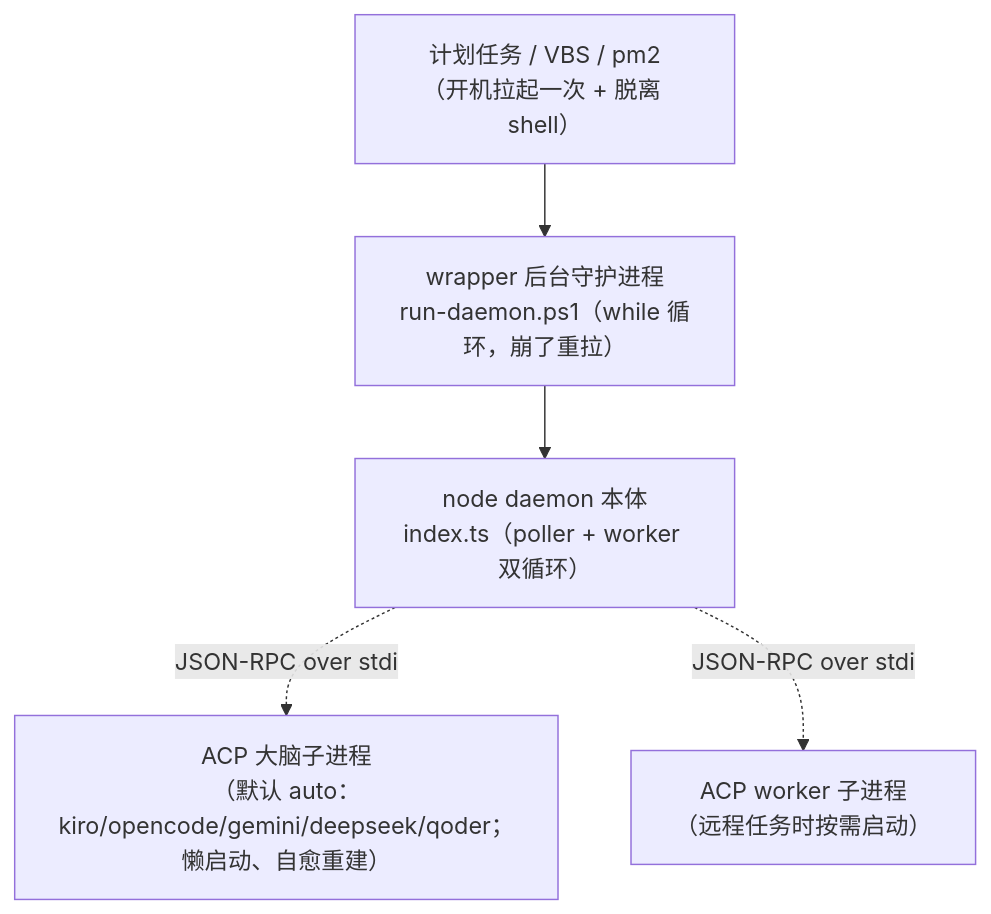
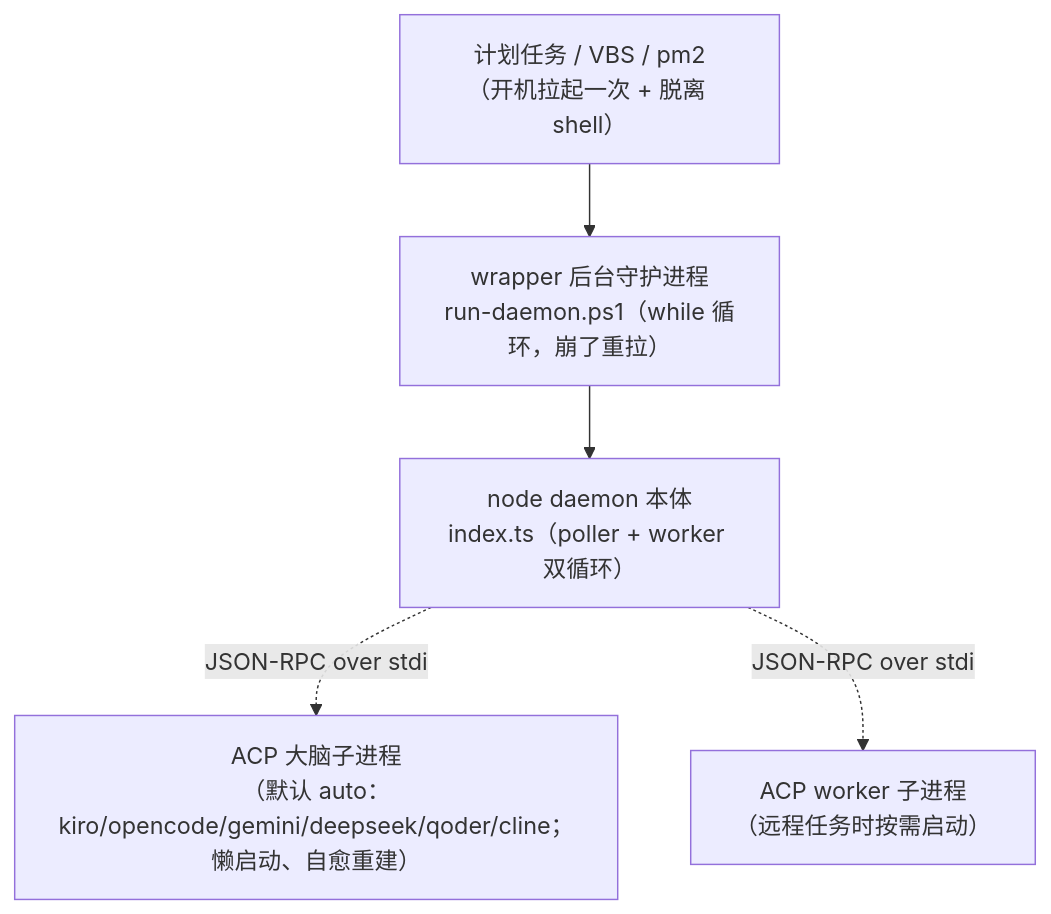
One commit to imwangpan/WeMind changed the third of 6 diagrams in docs/repowiki/02-系统架构.md. Above: the diagram before and after it, drawn with Mermaid. The commit also changed other lines of this file and 24 other files, not shown here.

First line of the commit message:
feat: 接入 Cline（原生 ACP）并补认证提示

````diff
--- a/docs/repowiki/02-系统架构.md
+++ b/docs/repowiki/02-系统架构.md
@@ -88,13 +88,13 @@
 ```mermaid
 graph TD
     TRIGGER["计划任务 / VBS / pm2<br/>（开机拉起一次 + 脱离 shell）"]
     WRAPPER["wrapper 后台守护进程<br/>run-daemon.ps1（while 循环，崩了重拉）"]
     NODE["node daemon 本体<br/>index.ts（poller + worker 双循环）"]
-    BRAINP["ACP 大脑子进程<br/>（默认 auto：kiro/opencode/gemini/deepseek/qoder；懒启动、自愈重建）"]
+    BRAINP["ACP 大脑子进程<br/>（默认 auto：kiro/opencode/gemini/deepseek/qoder/cline；懒启动、自愈重建）"]
     WORKERP["ACP worker 子进程<br/>（远程任务时按需启动）"]
 
     TRIGGER --> WRAPPER
     WRAPPER --> NODE
     NODE -.JSON-RPC over stdio.-> BRAINP
     NODE -.JSON-RPC over stdio.-> WORKERP
 ```
````
